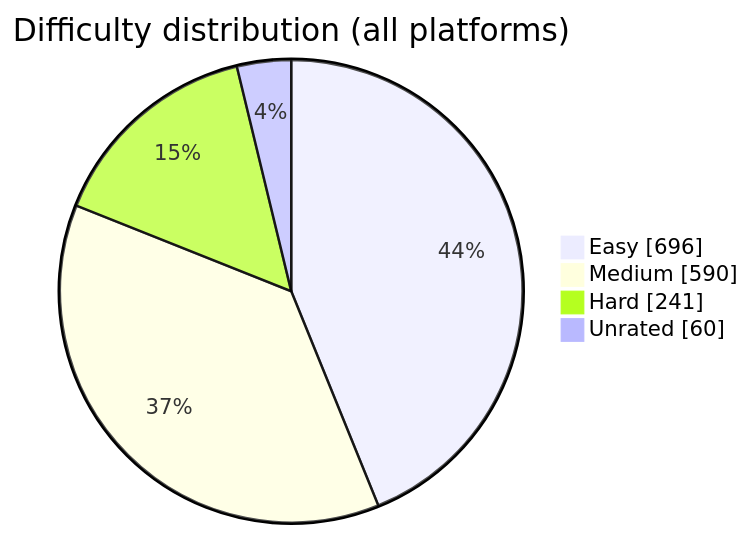
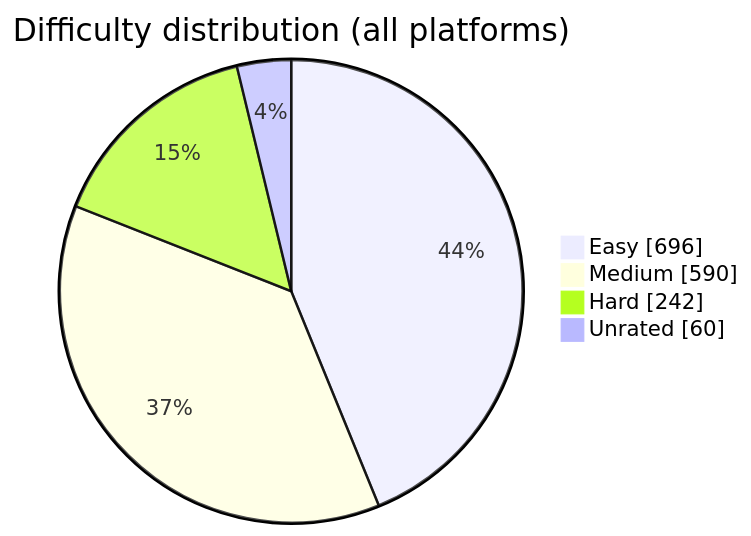
Before and after one commit to BuildbyArindam/Daily-Coding-Log: the diagram in README.md, drawn with Mermaid. The commit also changed other lines of this file, not shown here.

````diff
--- a/README.md
+++ b/README.md
@@ -93,7 +93,7 @@
 ```mermaid
 pie showData title Difficulty distribution (all platforms)
     "Easy" : 696
     "Medium" : 590
-    "Hard" : 241
+    "Hard" : 242
     "Unrated" : 60
 ```
````
